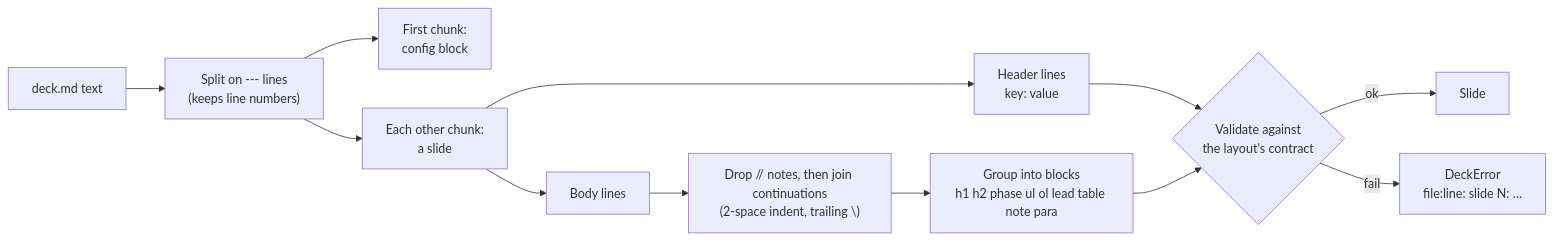
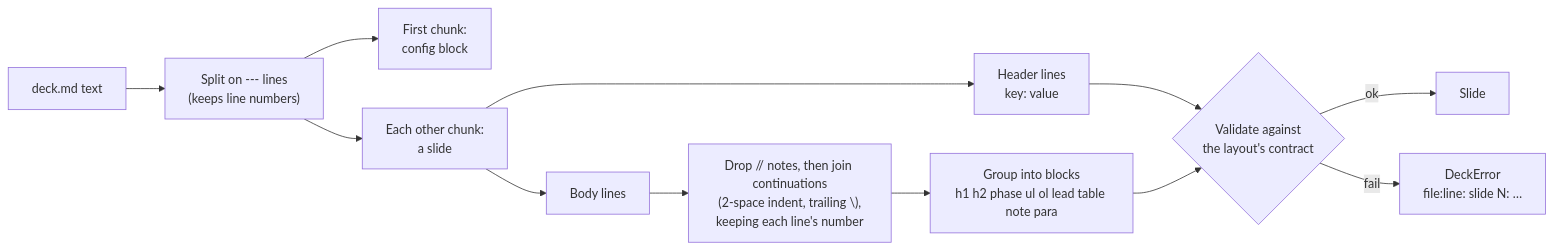
The seventh of 11 diagrams in docs/how-it-works.md (LunarCommand/akceo), drawn with Mermaid before and after one commit. The commit also changed other lines of this file and 5 other files, not shown here.

````diff
--- a/docs/how-it-works.md
+++ b/docs/how-it-works.md
@@ -278,14 +278,14 @@
 ```mermaid
 flowchart LR
     text["deck.md text"] --> chunks["Split on --- lines<br/>(keeps line numbers)"]
     chunks --> config["First chunk:<br/>config block"]
     chunks --> slides["Each other chunk:<br/>a slide"]
     slides --> header["Header lines<br/>key: value"]
     slides --> body["Body lines"]
-    body --> logical["Drop // notes, then join continuations<br/>(2-space indent, trailing \)"]
+    body --> logical["Drop // notes, then join continuations<br/>(2-space indent, trailing \),<br/>keeping each line's number"]
     logical --> blocks["Group into blocks<br/>h1 h2 phase ul ol lead table note para"]
     header --> check{"Validate against<br/>the layout's contract"}
     blocks --> check
     check -->|ok| slide["Slide"]
     check -->|fail| error["DeckError<br/>file:line: slide N: …"]
 ```
````
